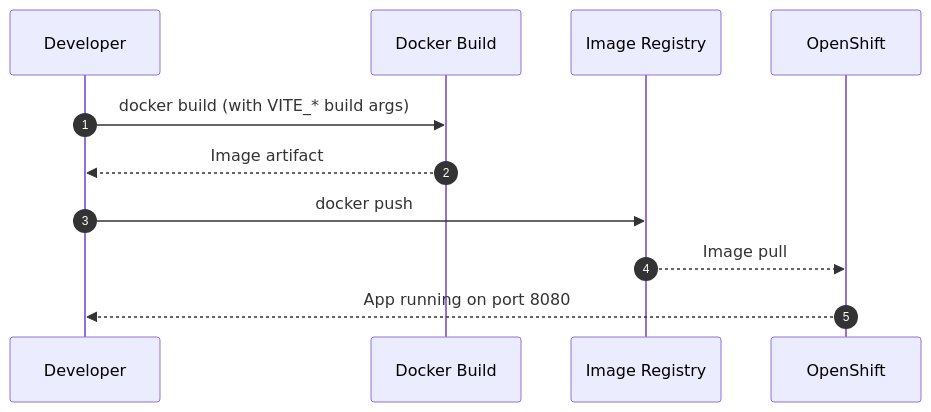
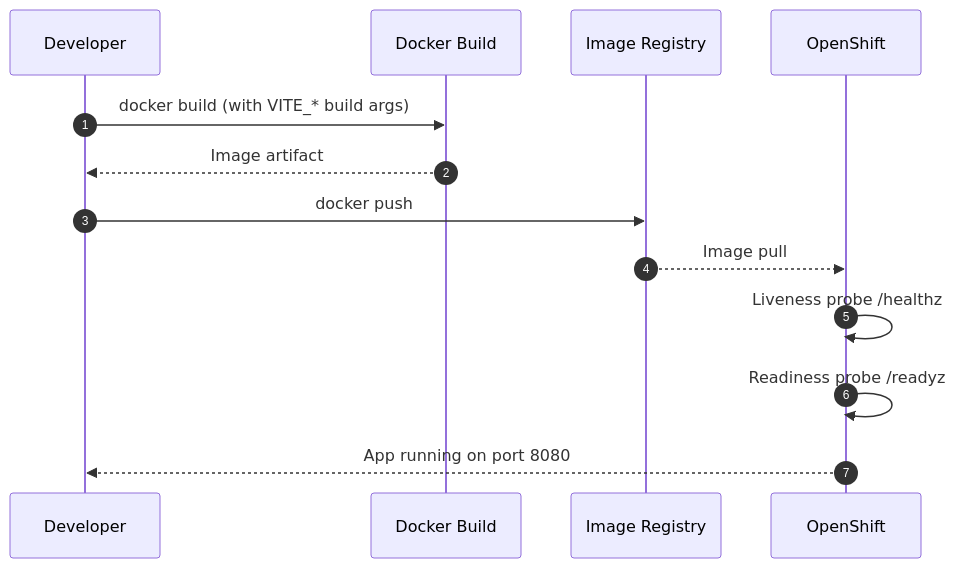
Before and after one commit to LoneWolf345/sparklightraffle: the diagram in README.md, drawn with Mermaid. The commit also changed other lines of this file, not shown here.

````diff
--- a/README.md
+++ b/README.md
@@ -89,14 +104,16 @@
 ```mermaid
 sequenceDiagram
   autonumber
   participant Dev as Developer
   participant Build as Docker Build
   participant Registry as Image Registry
   participant OCP as OpenShift
 
   Dev->>Build: docker build (with VITE_* build args)
   Build-->>Dev: Image artifact
   Dev->>Registry: docker push
   Registry-->>OCP: Image pull
+  OCP->>OCP: Liveness probe /healthz
+  OCP->>OCP: Readiness probe /readyz
   OCP-->>Dev: App running on port 8080
 ```
````
